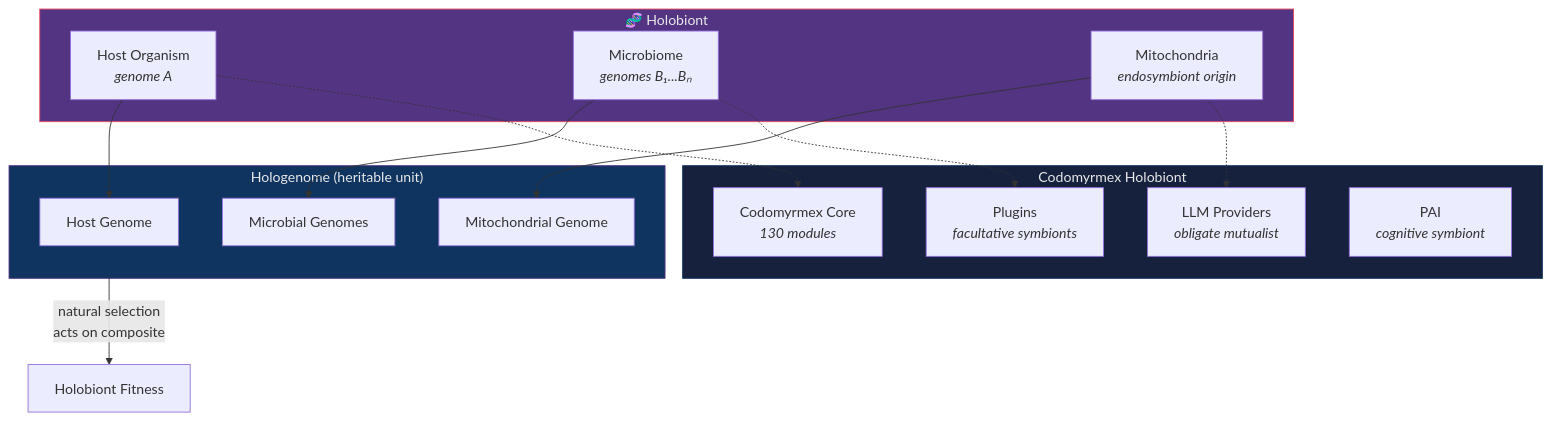
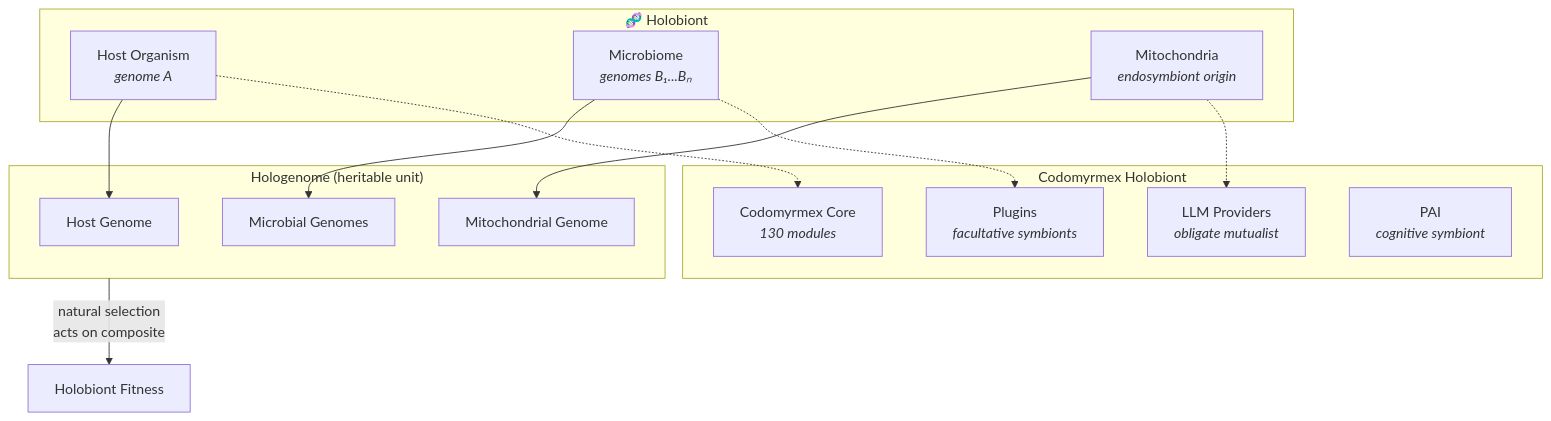
One commit to docxology/codomyrmex changed the first of 2 diagrams in docs/bio/symbiosis.md. Above: the diagram before and after it, drawn with Mermaid. The commit also changed other lines of this file and 86 other files, not shown here.

````diff
--- a/docs/bio/symbiosis.md
+++ b/docs/bio/symbiosis.md
@@ -17,35 +17,31 @@
 ```mermaid
 graph TB
     subgraph HOLOBIONT["🧬 Holobiont"]
         HOST["Host Organism<br/><i>genome A</i>"]
         MICRO["Microbiome<br/><i>genomes B₁...Bₙ</i>"]
         MITO["Mitochondria<br/><i>endosymbiont origin</i>"]
     end
 
     subgraph HOLOGENOME["Hologenome (heritable unit)"]
         HOST_G["Host Genome"]
         MICRO_G["Microbial Genomes"]
         MITO_G["Mitochondrial Genome"]
     end
 
     HOST --> HOST_G
     MICRO --> MICRO_G
     MITO --> MITO_G
 
     HOLOGENOME -->|"natural selection<br/>acts on composite"| FITNESS["Holobiont Fitness"]
 
     subgraph CDM_HOLO["Codomyrmex Holobiont"]
         CDM_HOST["Codomyrmex Core<br/><i>130 modules</i>"]
         CDM_LLM["LLM Providers<br/><i>obligate mutualist</i>"]
         CDM_PLUGINS["Plugins<br/><i>facultative symbionts</i>"]
         CDM_PAI["PAI<br/><i>cognitive symbiont</i>"]
     end
 
     HOST -.-> CDM_HOST
     MICRO -.-> CDM_PLUGINS
     MITO -.-> CDM_LLM
-
-    style HOLOBIONT fill:#533483,stroke:#e94560,color:#e8e8e8
-    style HOLOGENOME fill:#0f3460,stroke:#533483,color:#e8e8e8
-    style CDM_HOLO fill:#16213e,stroke:#0f3460,color:#e8e8e8
 ```
````
